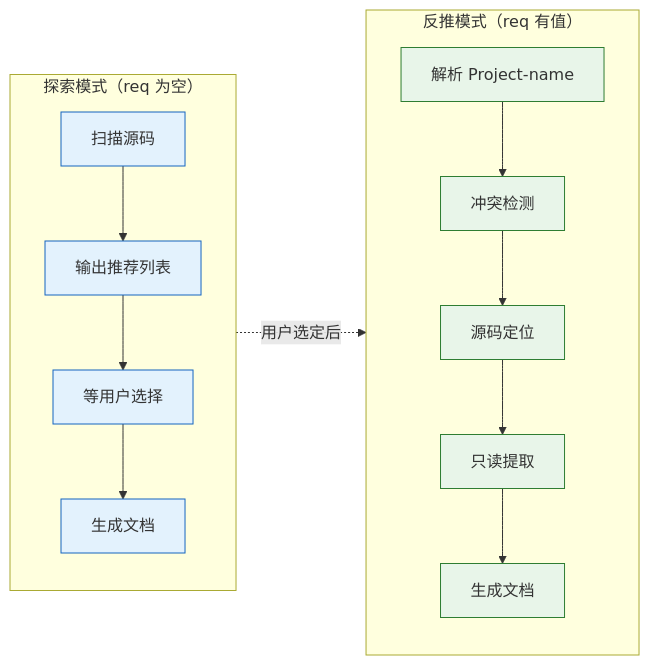
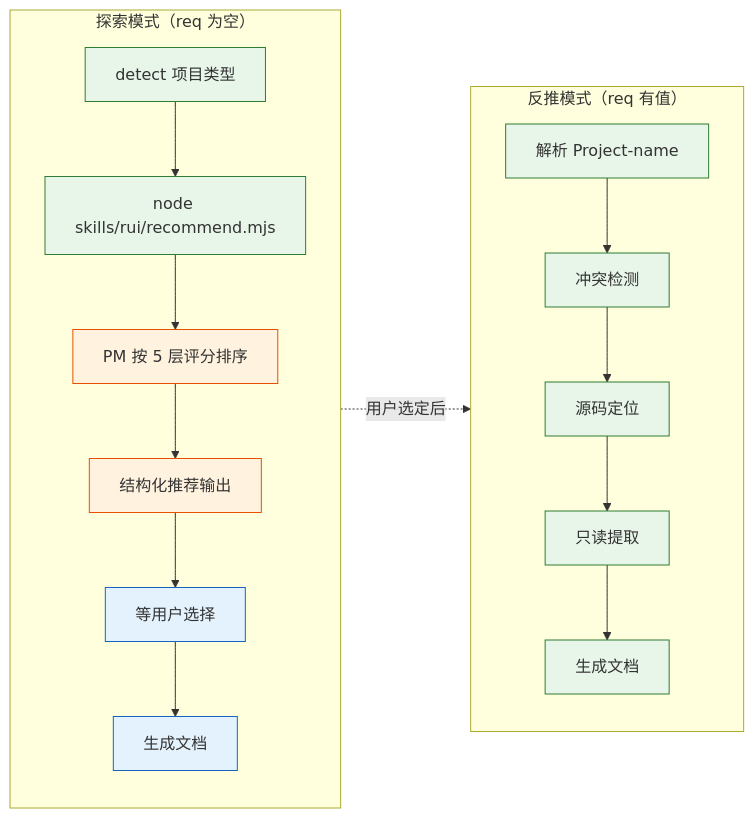
Before and after one commit to effiy/YrY: the fourth of 5 diagrams in agents/pm.md, drawn with Mermaid. The commit also changed other lines of this file and 6 other files, not shown here.

````diff
--- a/agents/pm.md
+++ b/agents/pm.md
@@ -97,18 +97,22 @@
 ```mermaid
 flowchart LR
     subgraph explore["探索模式（req 为空）"]
-        E1["扫描源码"]:::exp --> E2["输出推荐列表"]:::exp
-        E2 --> E3["等用户选择"]:::exp
-        E3 --> E4["生成文档"]:::exp
+        E0["detect 项目类型"]:::tool --> E1["node skills/rui/recommend.mjs"]:::tool
+        E1 --> E2["PM 按 5 层评分排序"]:::llm
+        E2 --> E3["结构化推荐输出"]:::llm
+        E3 --> E4["等用户选择"]:::exp
+        E4 --> E5["生成文档"]:::exp
     end
     subgraph direct["反推模式（req 有值）"]
         D1["解析 Project-name"]:::dir --> D2["冲突检测"]:::dir
         D2 --> D3["源码定位"]:::dir
         D3 --> D4["只读提取"]:::dir
         D4 --> D5["生成文档"]:::dir
     end
     explore -.->|"用户选定后"| direct
 
+    classDef tool fill:#e8f5e9,stroke:#2e7d32;
+    classDef llm fill:#fff3e0,stroke:#e65100;
     classDef exp fill:#e3f2fd,stroke:#1565c0;
     classDef dir fill:#e8f5e9,stroke:#2e7d32;
 ```
````
